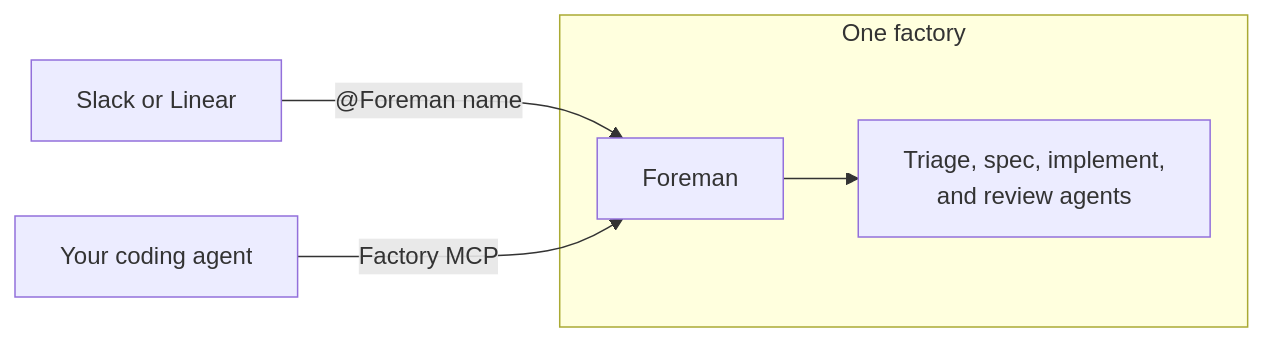
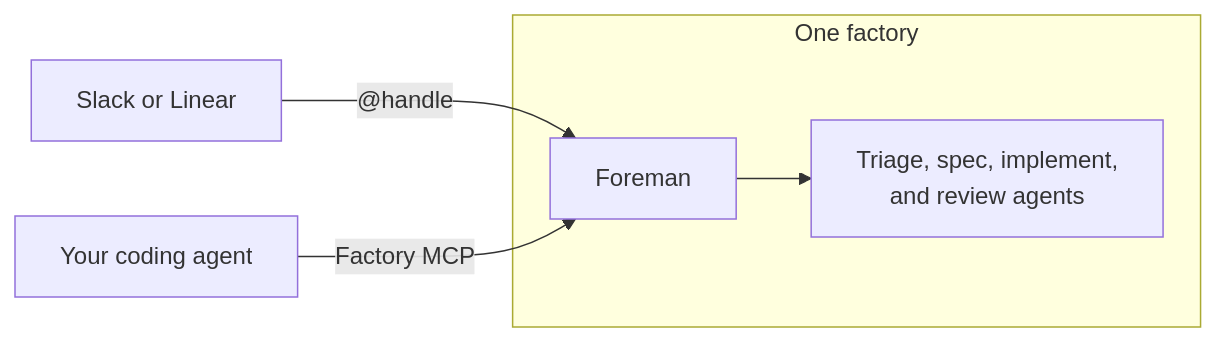
The diagram in src/content/docs/factories/index.mdx (warpdotdev/docs), drawn with Mermaid before and after one commit. The commit also changed other lines of this file and 4 other files, not shown here.

First line of the commit message:
docs: fix flow, consistency, and completeness issues from terminology pass

````diff
--- a/src/content/docs/factories/index.mdx
+++ b/src/content/docs/factories/index.mdx
@@ -39,8 +36,8 @@
 ```mermaid
 flowchart LR
   subgraph Factory["One factory"]
     Foreman["Foreman"] --> Agents["Triage, spec, implement,<br/>and review agents"]
   end
-  Slack["Slack or Linear"] -->|"@Foreman name"| Foreman
+  Slack["Slack or Linear"] -->|"@handle"| Foreman
   Coding["Your coding agent"] -->|"Factory MCP"| Foreman
 ```
````
